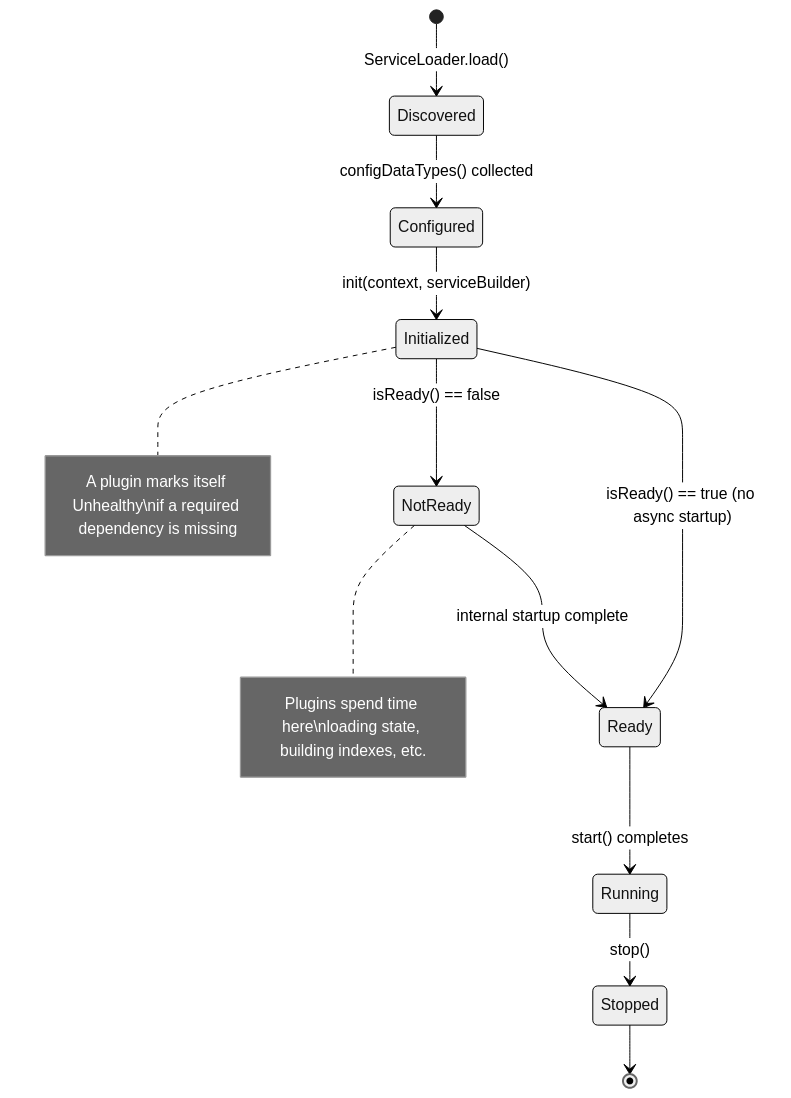
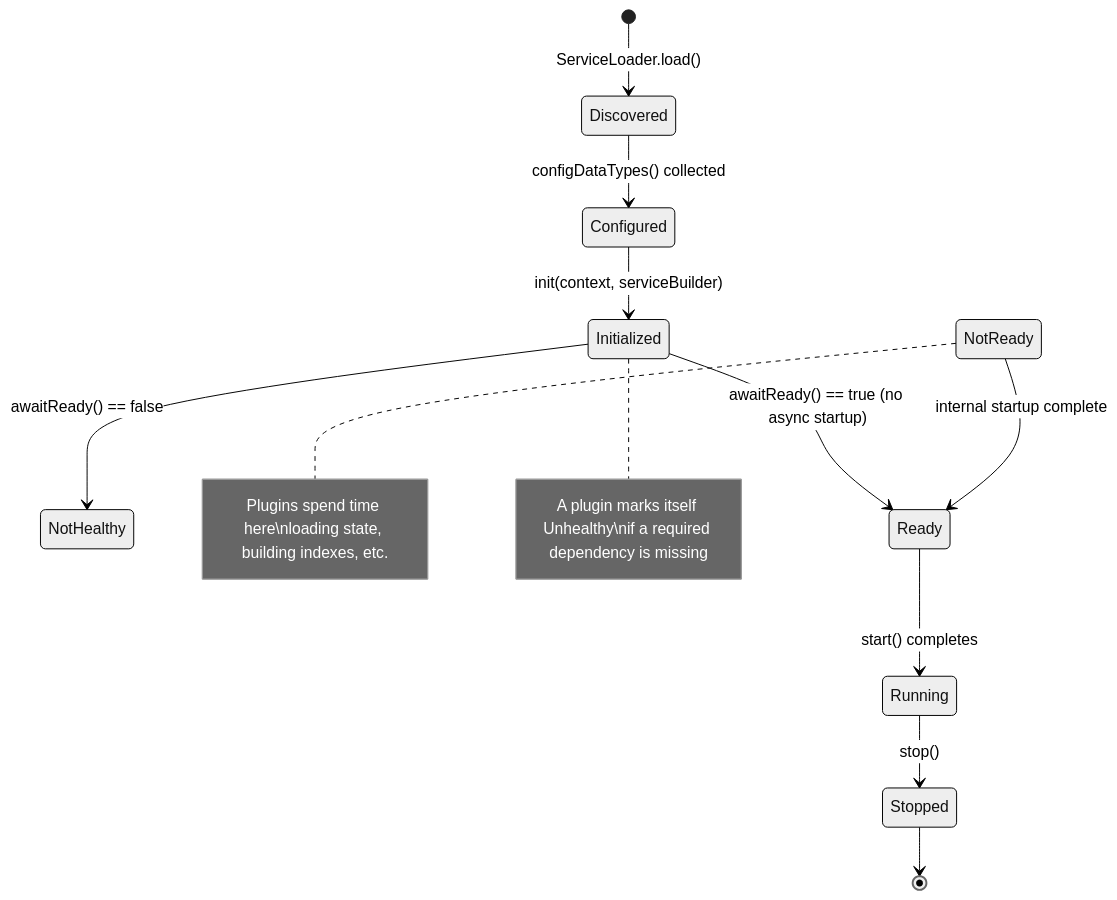
Before and after one commit to hiero-ledger/hiero-block-node: the first of 4 diagrams in docs/design/architecture/new-plugin-architecture.md, drawn with Mermaid (neutral theme). The commit also changed other lines of this file, not shown here.

````diff
--- a/docs/design/architecture/new-plugin-architecture.md
+++ b/docs/design/architecture/new-plugin-architecture.md
@@ -398,15 +394,15 @@
 ```mermaid
 stateDiagram-v2
     [*] --> Discovered : ServiceLoader.load()
     Discovered --> Configured : configDataTypes() collected
     Configured --> Initialized : init(context, serviceBuilder)
-    Initialized --> NotReady : isReady() == false
-    Initialized --> Ready : isReady() == true (no async startup)
+    Initialized --> NotHealthy : awaitReady() == false
+    Initialized --> Ready : awaitReady() == true (no async startup)
     NotReady --> Ready : internal startup complete
     Ready --> Running : start() completes
     Running --> Stopped : stop()
     Stopped --> [*]
 
     note right of NotReady : Plugins spend time here\nloading state, building indexes, etc.
     note right of Initialized : A plugin marks itself Unhealthy\nif a required dependency is missing
 ```
````
